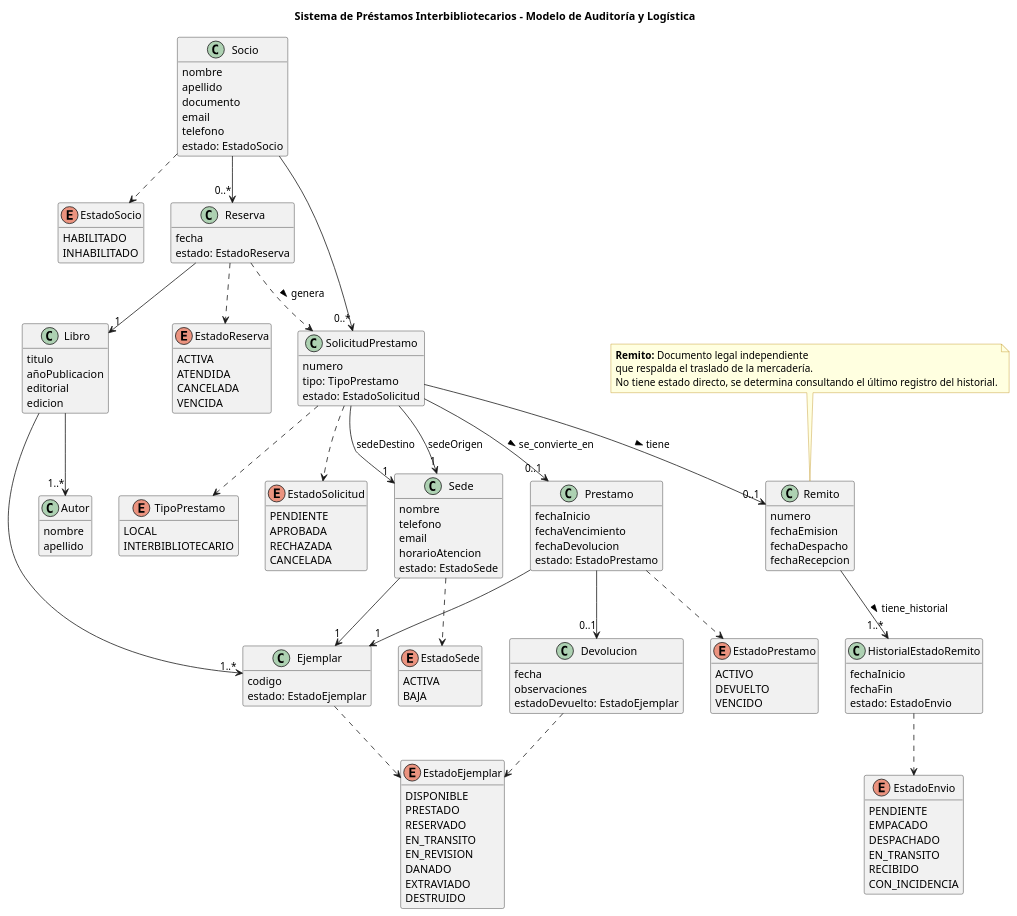
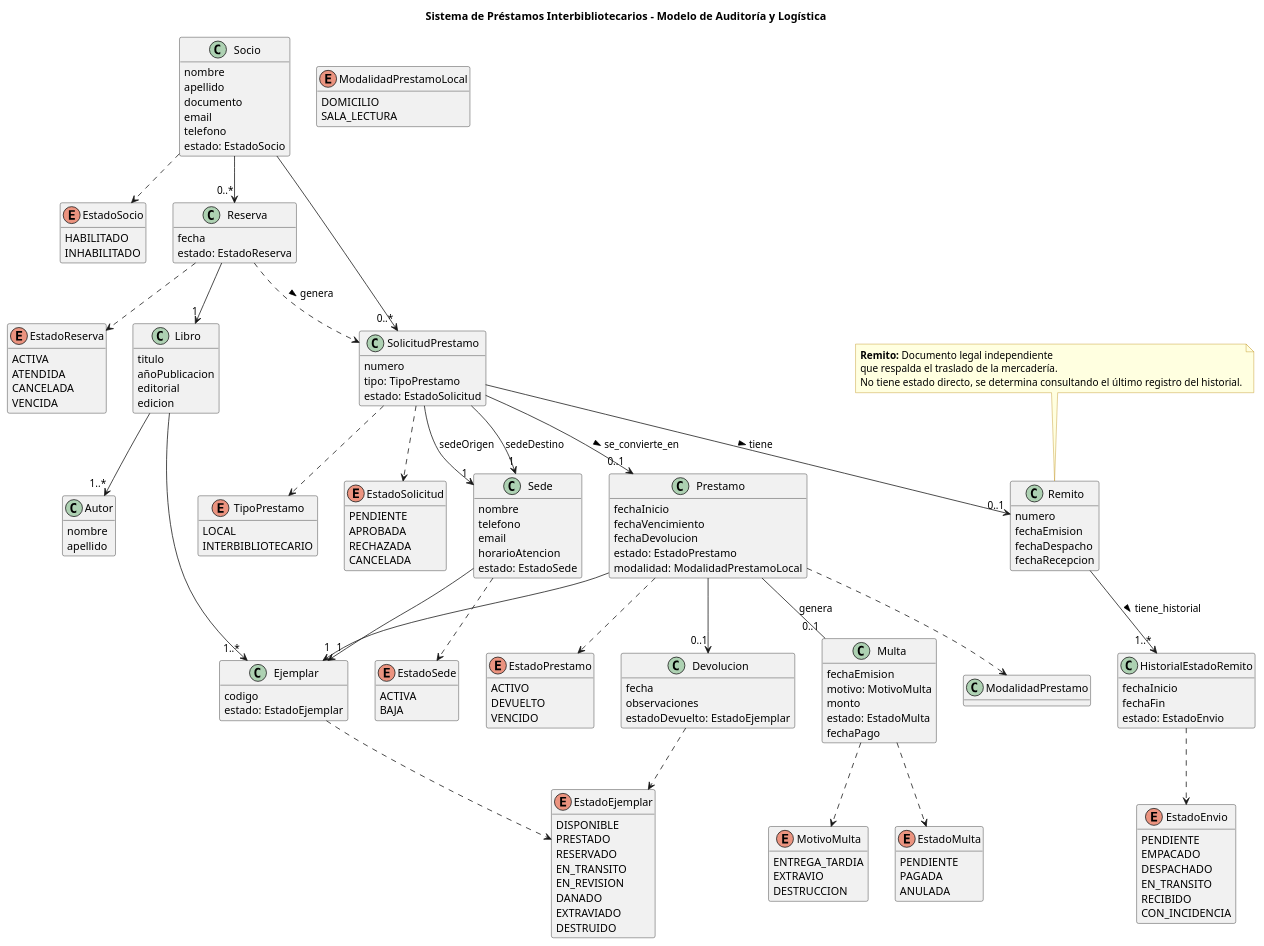
Before and after one commit to anadruetta29/tpi-dao-2026: the diagram in documentation/domain-class.puml, drawn with PlantUML.

```diff
--- a/documentation/domain-class.puml
+++ b/documentation/domain-class.puml
@@ -65,6 +65,23 @@
     CON_INCIDENCIA
 }
 
+enum ModalidadPrestamoLocal {
+    DOMICILIO
+    SALA_LECTURA
+}
+
+enum MotivoMulta {
+    ENTREGA_TARDIA
+    EXTRAVIO
+    DESTRUCCION
+}
+
+enum EstadoMulta {
+    PENDIENTE
+    PAGADA
+    ANULADA
+}
+
 ' =========================
 ' CLASES
 ' =========================
@@ -119,12 +136,22 @@
     fechaVencimiento
     fechaDevolucion
     estado: EstadoPrestamo
+    modalidad: ModalidadPrestamoLocal
 }
 
 class Devolucion {
     fecha
     observaciones
     estadoDevuelto: EstadoEjemplar
+}
+
+' --- MULTAS --- '
+class Multa {
+    fechaEmision
+    motivo: MotivoMulta
+    monto
+    estado: EstadoMulta
+    fechaPago
 }
 
 ' --- CLASES DE LOGÍSTICA REESTRUCTURADAS ---
@@ -181,6 +208,12 @@
 HistorialEstadoRemito ..> EstadoEnvio
 Devolucion ..> EstadoEjemplar
 
+' 7. Multas 
+Prestamo -- "0..1" Multa : genera
+Prestamo ..> ModalidadPrestamo
+Multa ..> MotivoMulta
+Multa ..> EstadoMulta
+
 ' =========================
 ' NOTAS
 ' =========================
```
